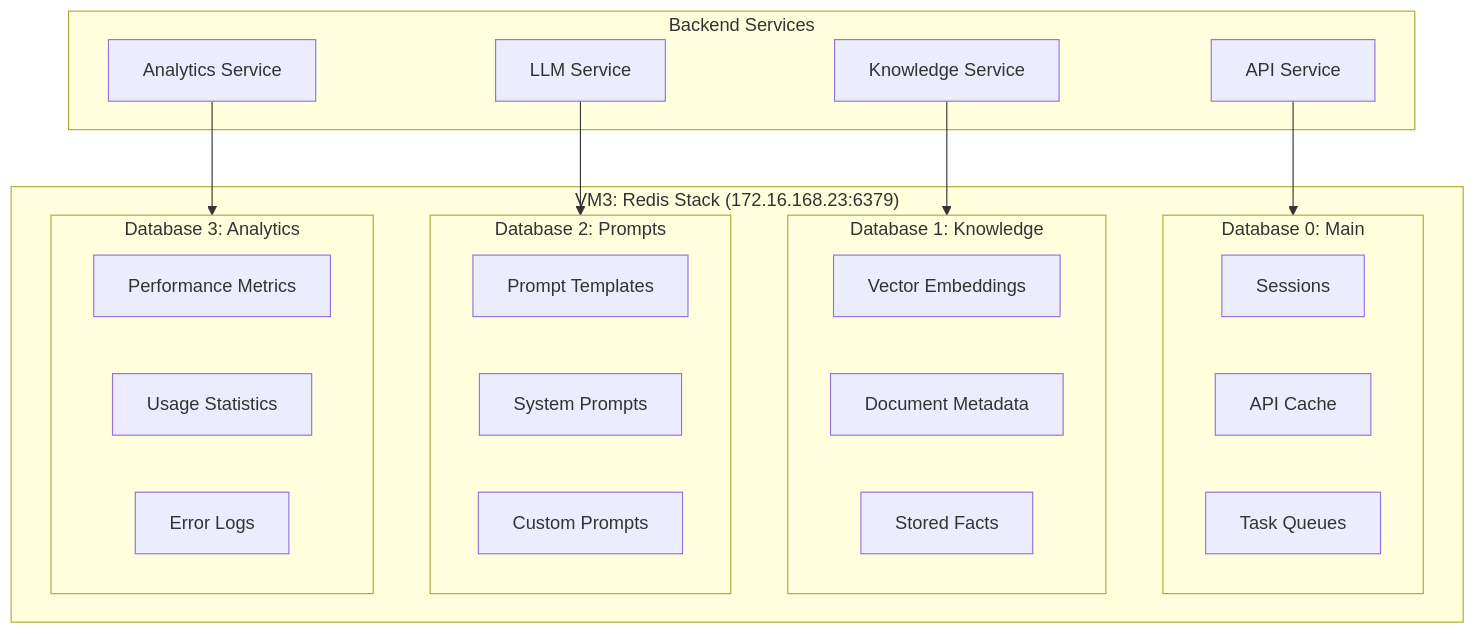
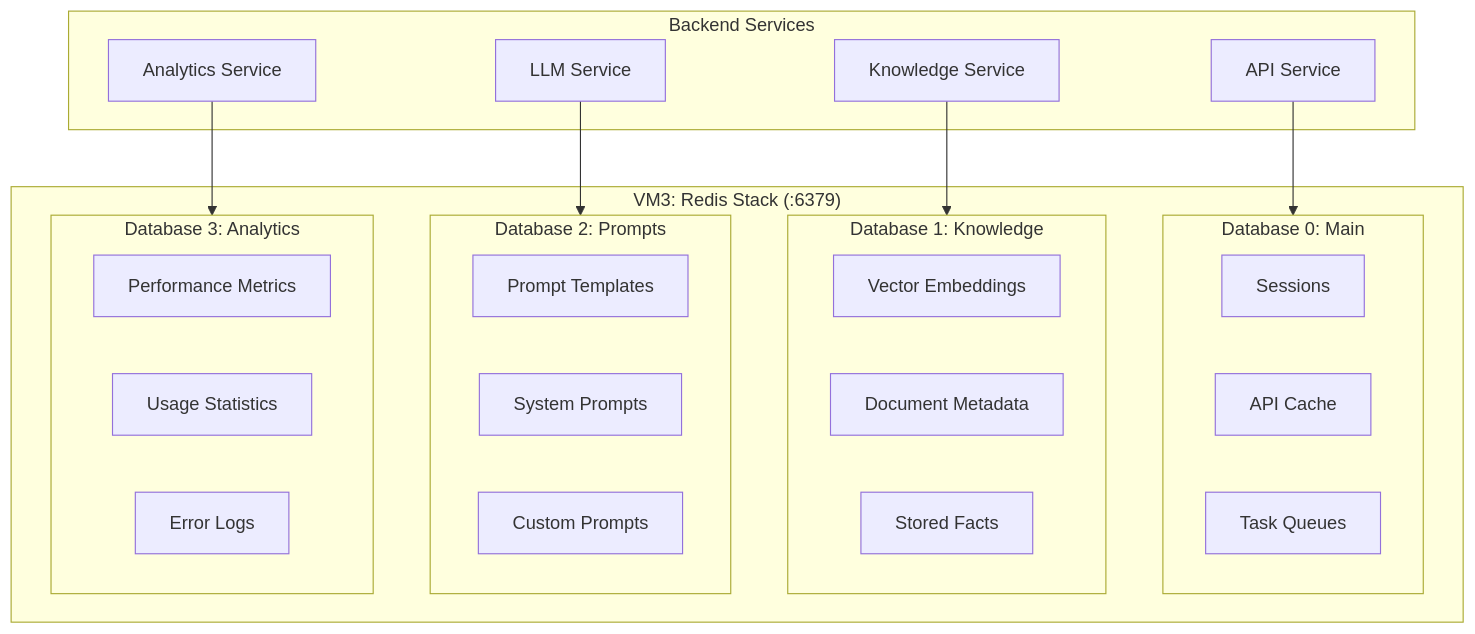
One commit to mrveiss/AutoBot-AI changed the eighth of 8 diagrams in docs/architecture/data-flows.md. Above: the diagram before and after it, drawn with Mermaid. The commit also changed other lines of this file and 150 other files, not shown here.

````diff
--- a/docs/architecture/data-flows.md
+++ b/docs/architecture/data-flows.md
@@ -355,40 +355,40 @@
 ```mermaid
 flowchart TB
-    subgraph Redis["VM3: Redis Stack (172.16.168.23:6379)"]
+    subgraph Redis["VM3: Redis Stack (<database-ip>:6379)"]
         subgraph DB0["Database 0: Main"]
             Sessions[Sessions]
             Cache[API Cache]
             Queues[Task Queues]
         end
 
         subgraph DB1["Database 1: Knowledge"]
             Vectors[Vector Embeddings]
             Documents[Document Metadata]
             Facts[Stored Facts]
         end
 
         subgraph DB2["Database 2: Prompts"]
             Templates[Prompt Templates]
             System[System Prompts]
             Custom[Custom Prompts]
         end
 
         subgraph DB3["Database 3: Analytics"]
             Metrics[Performance Metrics]
             Usage[Usage Statistics]
             Errors[Error Logs]
         end
     end
 
     subgraph Clients["Backend Services"]
         API_Client[API Service]
         KB_Client[Knowledge Service]
         LLM_Client[LLM Service]
         Analytics[Analytics Service]
     end
 
     API_Client --> DB0
     KB_Client --> DB1
     LLM_Client --> DB2
     Analytics --> DB3
 ```
````
